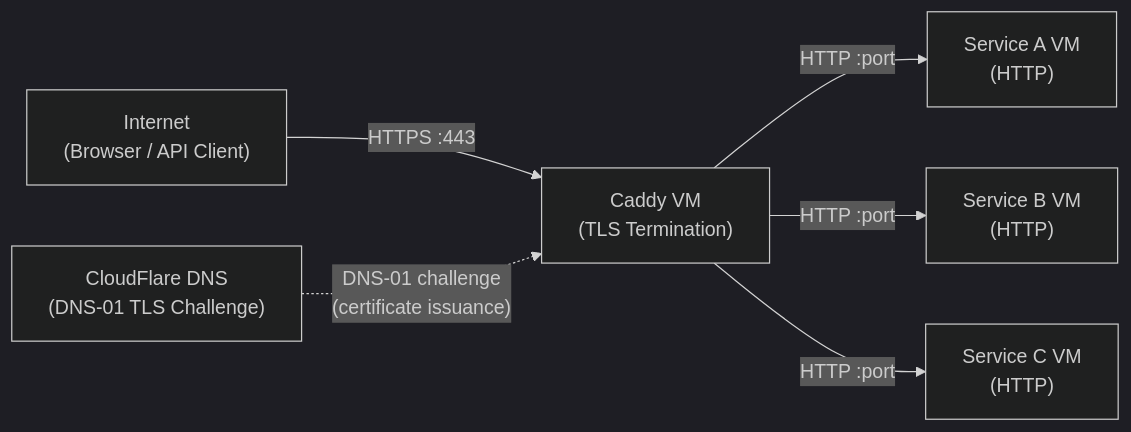
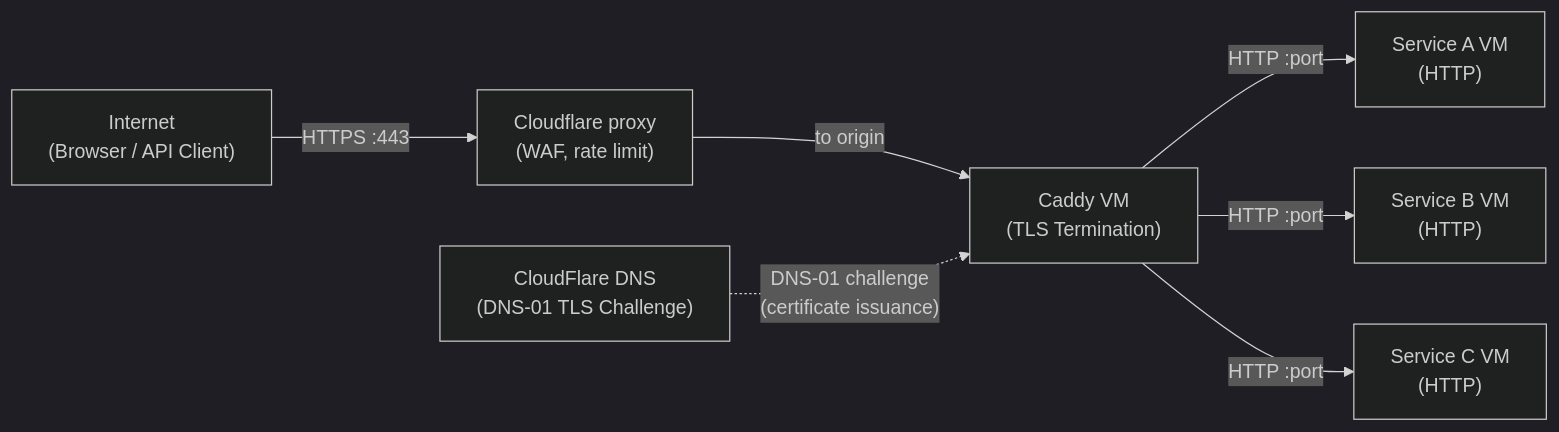
The first of 5 diagrams in plan/architecture/05-platform-infra.md (uhstray-io/agent-cloud), drawn with Mermaid (dark theme) before and after one commit. The commit also changed 3 other files, not shown here.

First line of the commit message:
docs(architecture): scope claims the review found too broad

````diff
--- a/plan/architecture/05-platform-infra.md
+++ b/plan/architecture/05-platform-infra.md
@@ -56,15 +56,17 @@
 ```mermaid
 flowchart LR
-    Internet["Internet\n(Browser / API Client)"]
-    CF["CloudFlare DNS\n(DNS-01 TLS Challenge)"]
-    Caddy["Caddy VM\n(TLS Termination)"]
-    SvcA["Service A VM\n(HTTP)"]
-    SvcB["Service B VM\n(HTTP)"]
-    SvcC["Service C VM\n(HTTP)"]
+    Internet["Internet<br/>(Browser / API Client)"]
+    CFP["Cloudflare proxy<br/>(WAF, rate limit)"]
+    CF["CloudFlare DNS<br/>(DNS-01 TLS Challenge)"]
+    Caddy["Caddy VM<br/>(TLS Termination)"]
+    SvcA["Service A VM<br/>(HTTP)"]
+    SvcB["Service B VM<br/>(HTTP)"]
+    SvcC["Service C VM<br/>(HTTP)"]
 
-    Internet -->|"HTTPS :443"| Caddy
-    CF -.->|"DNS-01 challenge\n(certificate issuance)"| Caddy
+    Internet -->|"HTTPS :443"| CFP
+    CFP -->|"to origin"| Caddy
+    CF -.->|"DNS-01 challenge<br/>(certificate issuance)"| Caddy
     Caddy -->|"HTTP :port"| SvcA
     Caddy -->|"HTTP :port"| SvcB
     Caddy -->|"HTTP :port"| SvcC
 ```
````
